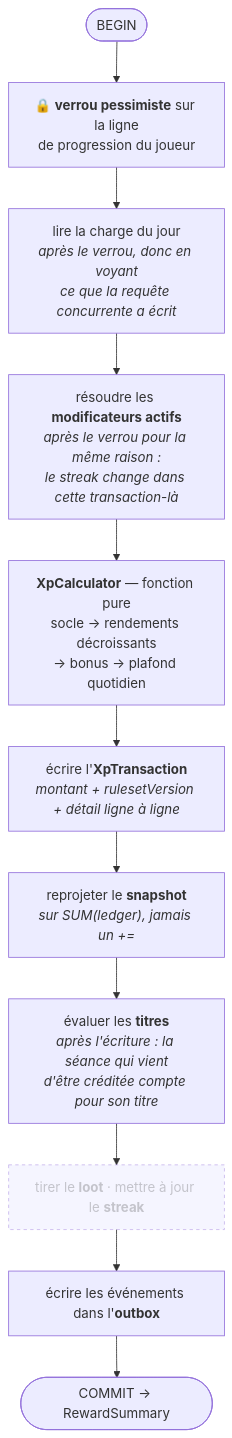
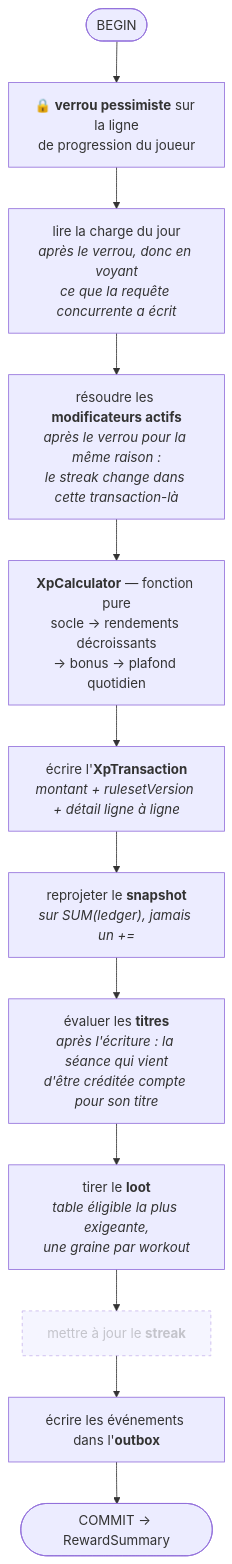
Before and after one commit to younesdiouri/grrind-back: the seventh of 13 diagrams in ARCHITECTURE.md, drawn with Mermaid. The commit also changed other lines of this file and 17 other files, not shown here.

First line of the commit message:
feat(training): le loot et les pièces tombent sur une séance créditée

````diff
--- a/ARCHITECTURE.md
+++ b/ARCHITECTURE.md
@@ -249,18 +251,19 @@
 ```mermaid
 flowchart TB
     start(["BEGIN"]) --> lock
 
     lock["🔒 <b>verrou pessimiste</b> sur la ligne<br/>de progression du joueur"]
     lock --> load["lire la charge du jour<br/><i>après le verrou, donc en voyant<br/>ce que la requête concurrente a écrit</i>"]
     load --> mods["résoudre les <b>modificateurs actifs</b><br/><i>après le verrou pour la même raison :<br/>le streak change dans cette transaction-là</i>"]
     mods --> calc["<b>XpCalculator</b> — fonction pure<br/>socle → rendements décroissants<br/>→ bonus → plafond quotidien"]
     calc --> ledger["écrire l'<b>XpTransaction</b><br/><i>montant + rulesetVersion + détail ligne à ligne</i>"]
     ledger --> snap["reprojeter le <b>snapshot</b><br/><i>sur SUM(ledger), jamais un +=</i>"]
     snap --> titles["évaluer les <b>titres</b><br/><i>après l'écriture : la séance qui vient<br/>d'être créditée compte pour son titre</i>"]
-    titles --> loot["tirer le <b>loot</b> · mettre à jour le <b>streak</b>"]
-    loot --> obx["écrire les événements dans l'<b>outbox</b>"]
+    titles --> loot["tirer le <b>loot</b><br/><i>table éligible la plus exigeante,<br/>une graine par workout</i>"]
+    loot --> streak["mettre à jour le <b>streak</b>"]
+    streak --> obx["écrire les événements dans l'<b>outbox</b>"]
     obx --> done(["COMMIT → RewardSummary"])
 
     classDef todo stroke-dasharray:4 4,opacity:0.5
-    class loot todo
+    class streak todo
 ```
````
